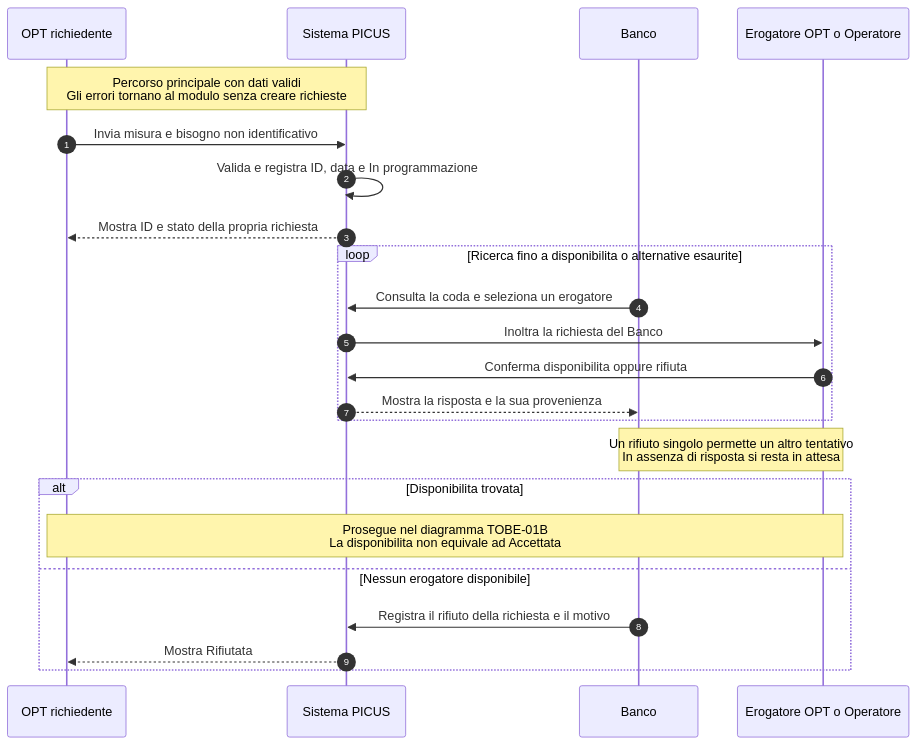
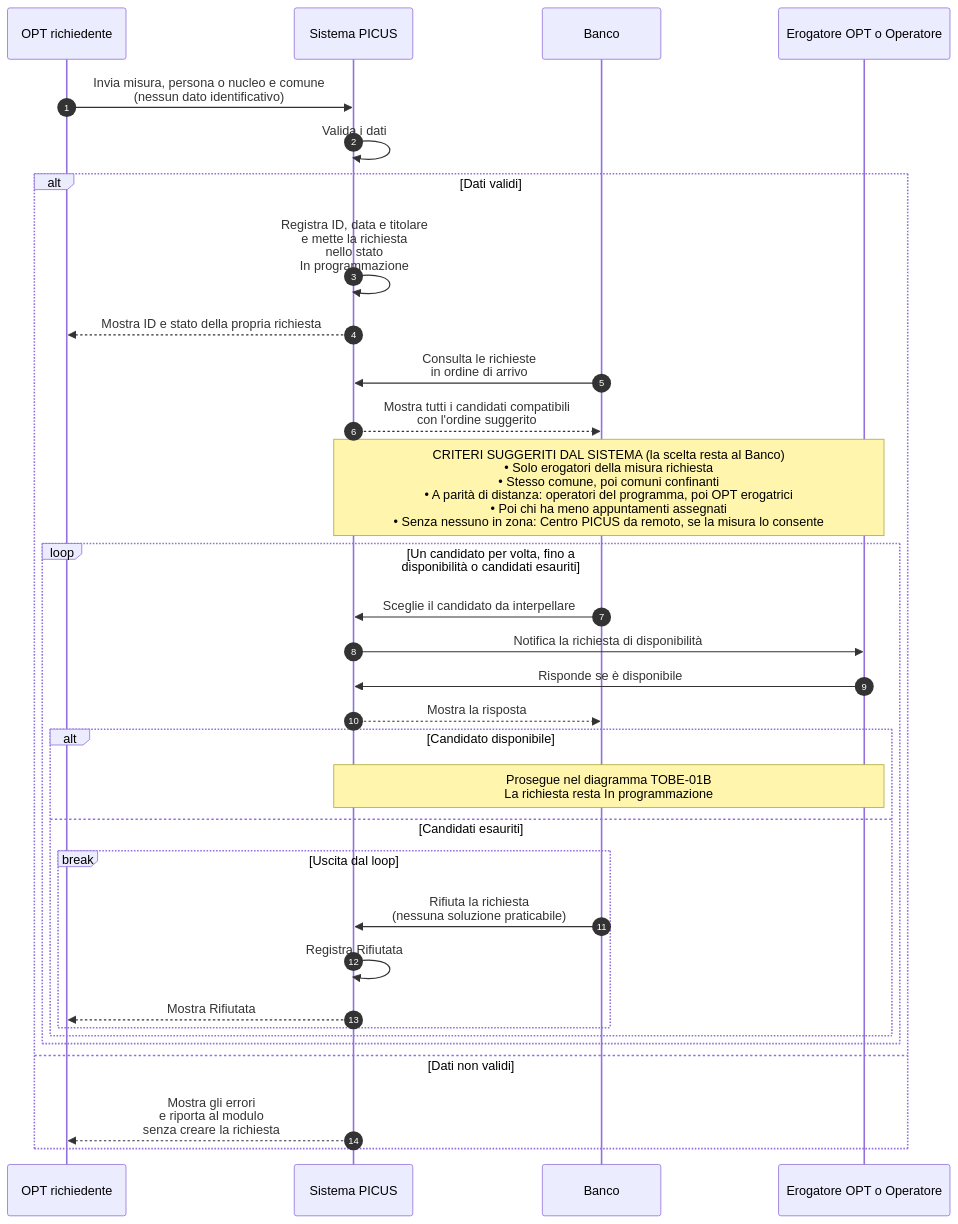
One commit to Pinguini-alla-Fragola/Progetto-SAD changed the diagram in docs/requirements/diagrams/to-be/TOBE-01A-richieste-disponibilita.mmd. Above: the diagram before and after it, drawn with Mermaid. The commit also changed 10 other files, not shown here.

First line of the commit message:
docs(to-be): aggiorna i diagrammi di richiesta, appuntamento e rendicontazione (#39)

```diff
--- a/docs/requirements/diagrams/to-be/TOBE-01A-richieste-disponibilita.mmd
+++ b/docs/requirements/diagrams/to-be/TOBE-01A-richieste-disponibilita.mmd
@@ -1,27 +1,37 @@
-%% TOBE-01A v0.1 - 25/10/2026
-%% Proposta del team: Epic #20. Confine del ciclo di vita aperto nella #29.
-%% Fonti F02, F06, F07; ipotesi IP-01 e IP-02 del documento v0.5.
+%% TOBE-01A v0.2 - 03/11/2026
+%% Proposta del team: Epic #20. Allineato alle risposte del cliente (seconda tornata) e alle scelte del gruppo registrate il 03/11/2026.
+%% Il Banco lavora le richieste in ordine di arrivo e interpella un candidato per volta.
+%% Il sistema puo' suggerire l'ordine dei candidati; la scelta resta al Banco.
 sequenceDiagram
     autonumber
     participant R as OPT richiedente
     participant S as Sistema PICUS
     participant B as Banco
     participant E as Erogatore OPT o Operatore
 
-    Note over R,S: Percorso principale con dati validi<br/>Gli errori tornano al modulo senza creare richieste
-    R->>S: Invia misura e bisogno non identificativo
-        S->>S: Valida e registra ID, data e In programmazione
+    R->>S: Invia misura, persona o nucleo e comune<br/>(nessun dato identificativo)
+    S->>S: Valida i dati
+    alt Dati validi
+        S->>S: Registra ID, data e titolare<br/>e mette la richiesta<br/>nello stato<br/>In programmazione
         S-->>R: Mostra ID e stato della propria richiesta
-        loop Ricerca fino a disponibilita o alternative esaurite
-            B->>S: Consulta la coda e seleziona un erogatore
-            S->>E: Inoltra la richiesta del Banco
-            E->>S: Conferma disponibilita oppure rifiuta
-            S-->>B: Mostra la risposta e la sua provenienza
+        B->>S: Consulta le richieste<br/>in ordine di arrivo
+        S-->>B: Mostra tutti i candidati compatibili<br/>con l'ordine suggerito
+        Note over S,E: CRITERI SUGGERITI DAL SISTEMA (la scelta resta al Banco)<br/>• Solo erogatori della misura richiesta<br/>• Stesso comune, poi comuni confinanti<br/>• A parità di distanza: operatori del programma, poi OPT erogatrici<br/>• Poi chi ha meno appuntamenti assegnati<br/>• Senza nessuno in zona: Centro PICUS da remoto, se la misura lo consente
+        loop Un candidato per volta, fino a<br/>disponibilità o candidati esauriti
+            B->>S: Sceglie il candidato da interpellare
+            S->>E: Notifica la richiesta di disponibilità
+            E->>S: Risponde se è disponibile
+            S-->>B: Mostra la risposta
+            alt Candidato disponibile
+                Note over S,E: Prosegue nel diagramma TOBE-01B<br/>La richiesta resta In programmazione
+            else Candidati esauriti
+                break Uscita dal loop
+                    B->>S: Rifiuta la richiesta<br/>(nessuna soluzione praticabile)
+                    S->>S: Registra Rifiutata
+                    S-->>R: Mostra Rifiutata
+                end
+            end
         end
-        Note over B,E: Un rifiuto singolo permette un altro tentativo<br/>In assenza di risposta si resta in attesa
-        alt Disponibilita trovata
-            Note over R,E: Prosegue nel diagramma TOBE-01B<br/>La disponibilita non equivale ad Accettata
-        else Nessun erogatore disponibile
-            B->>S: Registra il rifiuto della richiesta e il motivo
-            S-->>R: Mostra Rifiutata
-        end
+    else Dati non validi
+        S-->>R: Mostra gli errori<br/>e riporta al modulo<br/>senza creare la richiesta
+    end
```
